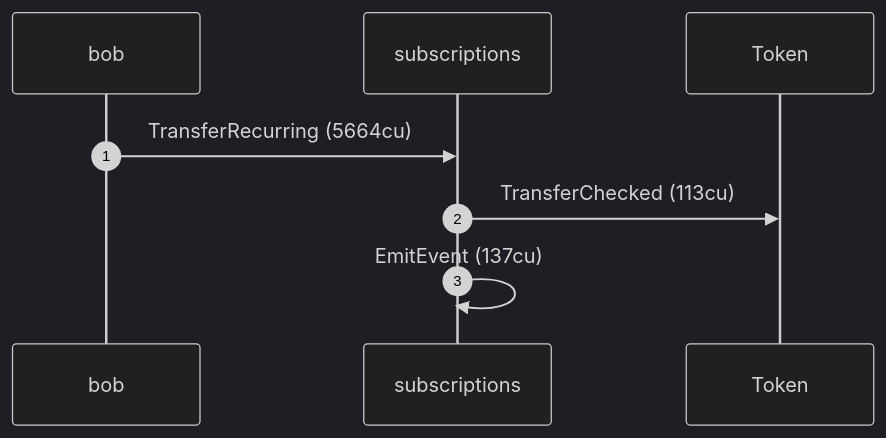
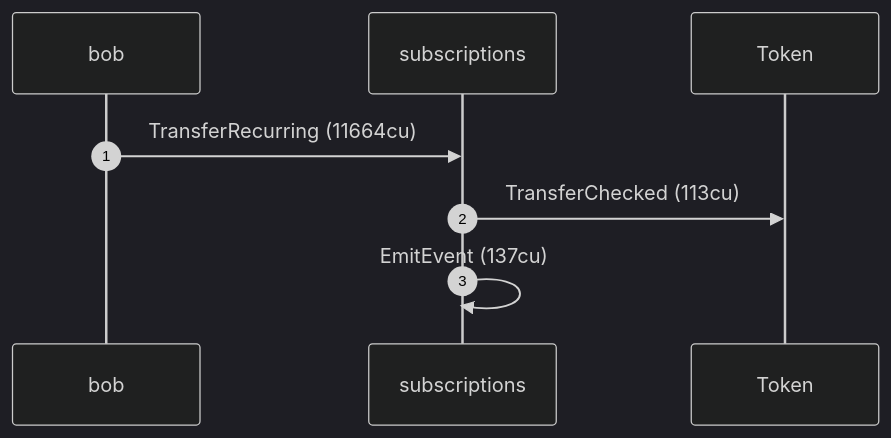
Before and after one commit to cds-rs/subscriptions: the ninth of 12 diagrams in dsl_tests/recurring-transfer-to-a-third-party.md, drawn with Mermaid (dark theme). The commit also changed other lines of this file and 224 other files, not shown here.

````diff
--- a/dsl_tests/recurring-transfer-to-a-third-party.md
+++ b/dsl_tests/recurring-transfer-to-a-third-party.md
@@ -185,10 +194,10 @@
 ```mermaid
 sequenceDiagram
     autonumber
     participant bob
     participant subscriptions
     participant Token
-    bob ->> subscriptions: TransferRecurring (5664cu)
+    bob ->> subscriptions: TransferRecurring (11664cu)
     subscriptions ->> Token: TransferChecked (113cu)
     subscriptions ->> subscriptions: EmitEvent (137cu)
 ```
````
